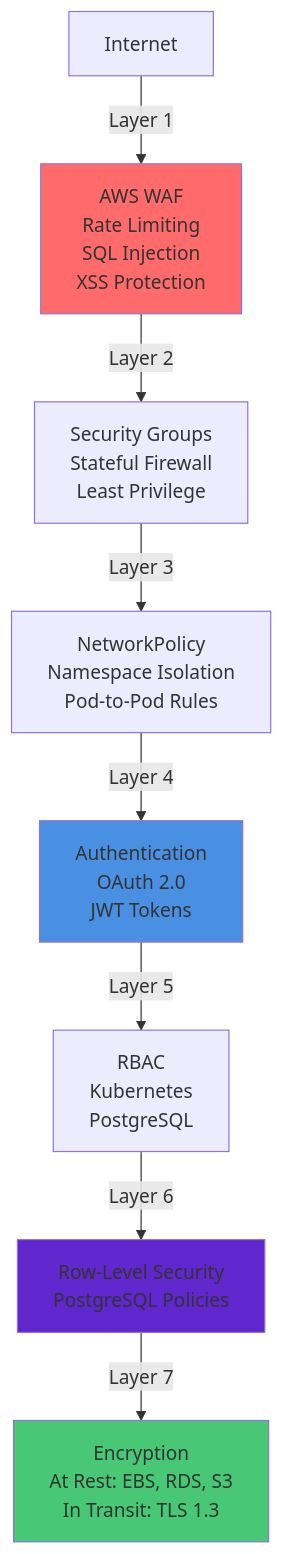
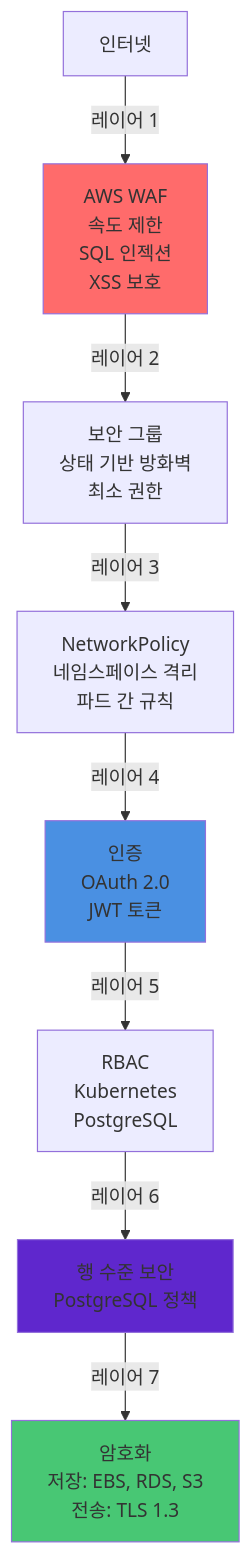
One commit to Pinksea-AI/InvokeAI changed diagram 12 of 15 in docs/final-architecture/01-aws-architecture-diagram.md. Above: the diagram before and after it, drawn with Mermaid. The commit also changed other lines of this file, not shown here.

First line of the commit message:
docs: AWS 아키텍처 다이어그램 문서를 한글로 번역

````diff
--- a/docs/final-architecture/01-aws-architecture-diagram.md
+++ b/docs/final-architecture/01-aws-architecture-diagram.md
@@ -648,21 +648,21 @@
 ```mermaid
 graph TB
-    Internet[Internet] -->|Layer 1| WAF[AWS WAF<br/>Rate Limiting<br/>SQL Injection<br/>XSS Protection]
+    Internet[인터넷] -->|레이어 1| WAF[AWS WAF<br/>속도 제한<br/>SQL 인젝션<br/>XSS 보호]
 
-    WAF -->|Layer 2| SG[Security Groups<br/>Stateful Firewall<br/>Least Privilege]
+    WAF -->|레이어 2| SG[보안 그룹<br/>상태 기반 방화벽<br/>최소 권한]
 
-    SG -->|Layer 3| NP[NetworkPolicy<br/>Namespace Isolation<br/>Pod-to-Pod Rules]
+    SG -->|레이어 3| NP[NetworkPolicy<br/>네임스페이스 격리<br/>파드 간 규칙]
 
-    NP -->|Layer 4| Auth[Authentication<br/>OAuth 2.0<br/>JWT Tokens]
+    NP -->|레이어 4| Auth[인증<br/>OAuth 2.0<br/>JWT 토큰]
 
-    Auth -->|Layer 5| RBAC[RBAC<br/>Kubernetes<br/>PostgreSQL]
+    Auth -->|레이어 5| RBAC[RBAC<br/>Kubernetes<br/>PostgreSQL]
 
-    RBAC -->|Layer 6| RLS[Row-Level Security<br/>PostgreSQL Policies]
+    RBAC -->|레이어 6| RLS[행 수준 보안<br/>PostgreSQL 정책]
 
-    RLS -->|Layer 7| Encrypt[Encryption<br/>At Rest: EBS, RDS, S3<br/>In Transit: TLS 1.3]
+    RLS -->|레이어 7| Encrypt[암호화<br/>저장: EBS, RDS, S3<br/>전송: TLS 1.3]
 
     style WAF fill:#FF6B6B
     style Auth fill:#4A90E2
     style RLS fill:#5F27CD
     style Encrypt fill:#48C774
 ```
````
